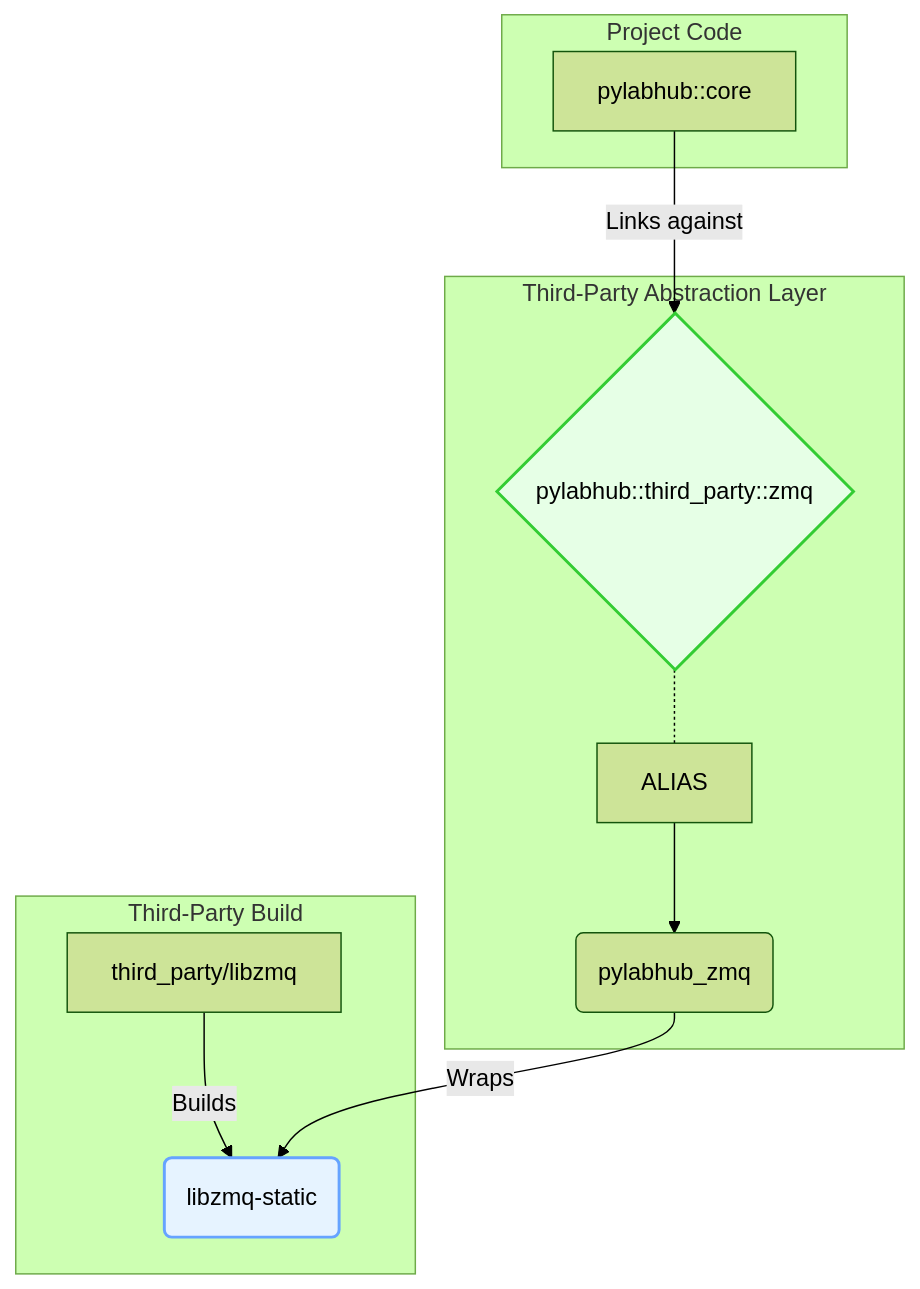
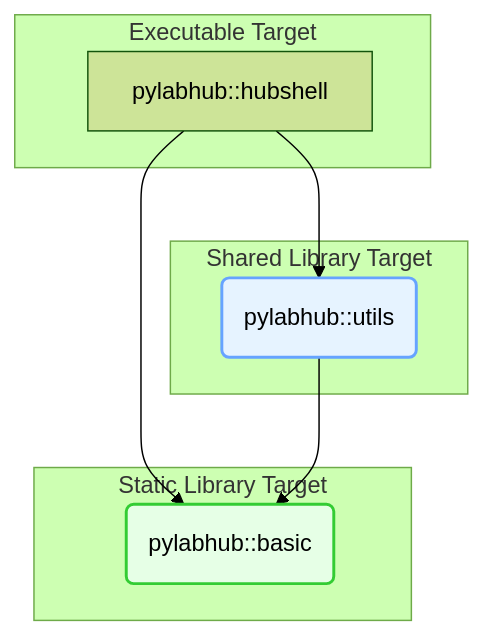
Before and after one commit to Qing-LAB/pylabhub: the first of 2 diagrams in cpp/docs/README_CMake_Design.md, drawn with Mermaid (forest theme). The commit also changed other lines of this file and 6 other files, not shown here.

````diff
--- a/cpp/docs/README_CMake_Design.md
+++ b/cpp/docs/README_CMake_Design.md
@@ -45,18 +30,21 @@
 ```mermaid
 graph TD
-    subgraph "Third-Party Build"
-        A[third_party/libzmq] -- Builds --> B(libzmq-static);
+    subgraph "Executable Target"
+        A[pylabhub::hubshell]
     end
     
-    subgraph "Third-Party Abstraction Layer"
-        C(pylabhub_zmq) -- Wraps --> B;
-        D{pylabhub::third_party::zmq} -.- ALIAS --> C;
+    subgraph "Shared Library Target"
+        B(pylabhub::utils)
     end
     
-    subgraph "Project Code"
-        E[pylabhub::core] -- Links against --> D;
+    subgraph "Static Library Target"
+        C(pylabhub::basic)
     end
+    
+    A --> B;
+    A --> C;
+    B --> C;
 
     style B fill:#e6f3ff,stroke:#66a3ff,stroke-width:2px
-    style D fill:#e6ffe6,stroke:#33cc33,stroke-width:2px
+    style C fill:#e6ffe6,stroke:#33cc33,stroke-width:2px
 ```
````
